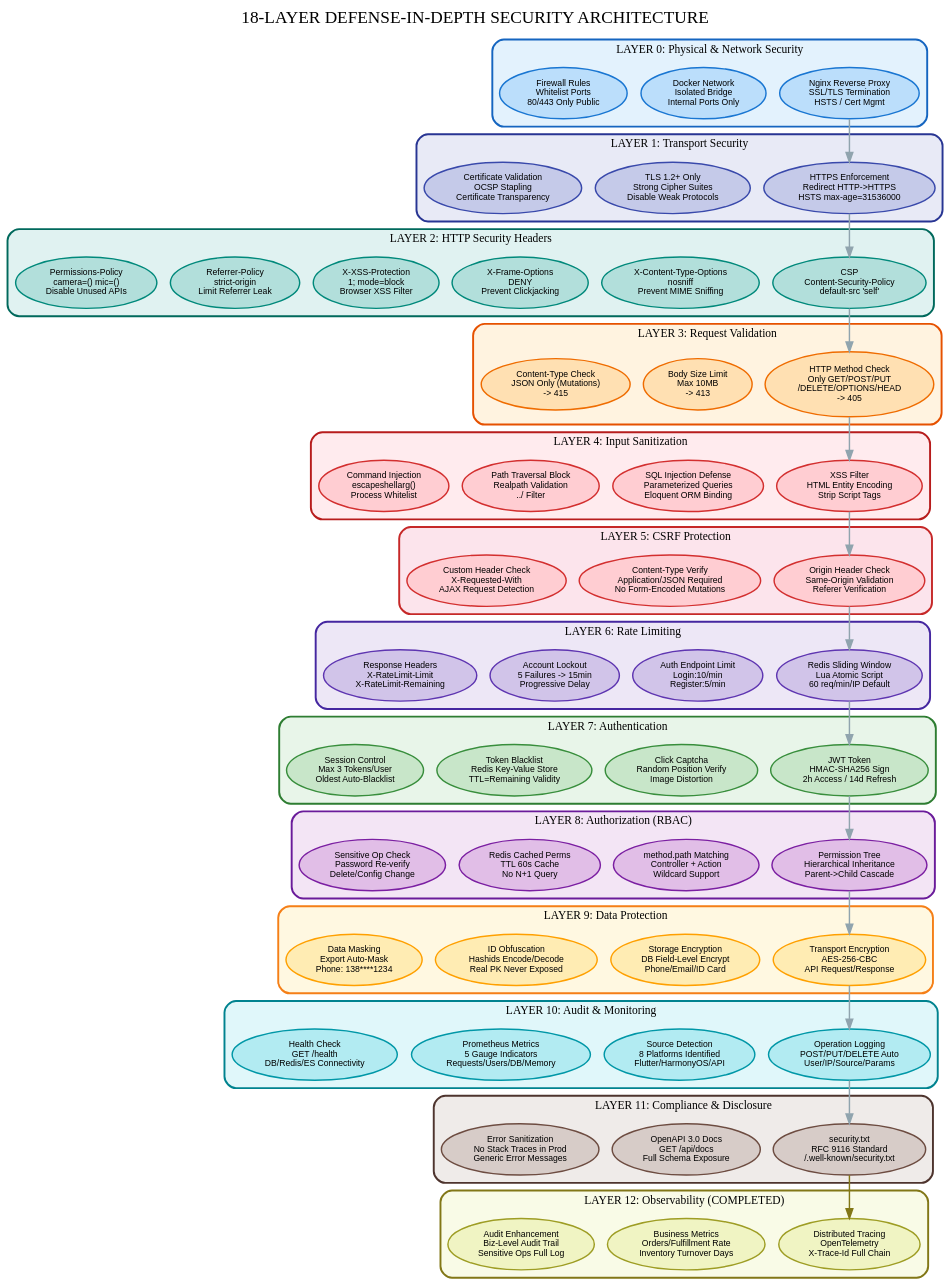
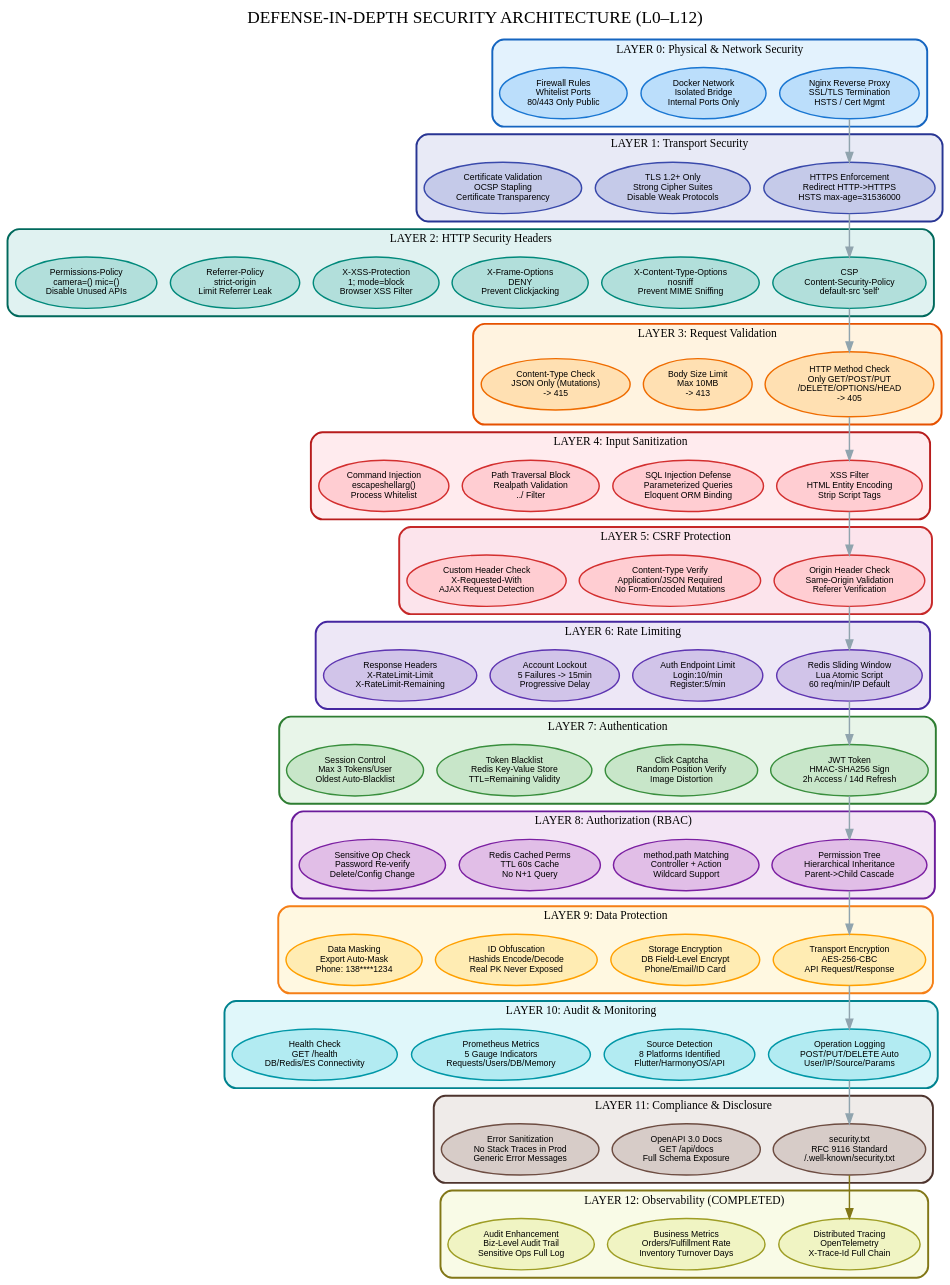
The diagram in docs/diagrams/security-architecture.dot (erikwang2013/erp-php), drawn with Graphviz before and after one commit. The commit also changed 325 other files, not shown here.

```diff
--- a/docs/diagrams/security-architecture.dot
+++ b/docs/diagrams/security-architecture.dot
@@ -1,170 +1,170 @@
 digraph SecurityArchitecture {
     rankdir=TB;
     fontname="Arial";
     fontsize=14;
     bgcolor="transparent";
     nodesep=0.2;
     ranksep=0.3;
     compound=true;
 
     node [fontname="Arial", fontsize=9, style="filled,rounded", penwidth=1.5];
 
-    label="18-LAYER DEFENSE-IN-DEPTH SECURITY ARCHITECTURE";
+    label="DEFENSE-IN-DEPTH SECURITY ARCHITECTURE (L0–L12)";
     fontsize=18;
     fontname="Arial Bold";
     labelloc="t";
 
     // Layer 0
     subgraph cluster_L0 {
         label="LAYER 0: Physical & Network Security";
         fontsize=12; fontname="Arial Bold";
         style="filled,rounded"; fillcolor="#e3f2fd"; color="#1565c0"; penwidth=2;
         L0a [label="Nginx Reverse Proxy\nSSL/TLS Termination\nHSTS / Cert Mgmt", fillcolor="#bbdefb", color="#1976d2"];
         L0b [label="Docker Network\nIsolated Bridge\nInternal Ports Only", fillcolor="#bbdefb", color="#1976d2"];
         L0c [label="Firewall Rules\nWhitelist Ports\n80/443 Only Public", fillcolor="#bbdefb", color="#1976d2"];
     }
 
     // Layer 1
     subgraph cluster_L1 {
         label="LAYER 1: Transport Security";
         fontsize=12; fontname="Arial Bold";
         style="filled,rounded"; fillcolor="#e8eaf6"; color="#283593"; penwidth=2;
         L1a [label="HTTPS Enforcement\nRedirect HTTP->HTTPS\nHSTS max-age=31536000", fillcolor="#c5cae9", color="#3949ab"];
         L1b [label="TLS 1.2+ Only\nStrong Cipher Suites\nDisable Weak Protocols", fillcolor="#c5cae9", color="#3949ab"];
         L1c [label="Certificate Validation\nOCSP Stapling\nCertificate Transparency", fillcolor="#c5cae9", color="#3949ab"];
     }
 
     // Layer 2
     subgraph cluster_L2 {
         label="LAYER 2: HTTP Security Headers";
         fontsize=12; fontname="Arial Bold";
         style="filled,rounded"; fillcolor="#e0f2f1"; color="#00695c"; penwidth=2;
         L2a [label="CSP\nContent-Security-Policy\ndefault-src 'self'", fillcolor="#b2dfdb", color="#00897b"];
         L2b [label="X-Content-Type-Options\nnosniff\nPrevent MIME Sniffing", fillcolor="#b2dfdb", color="#00897b"];
         L2c [label="X-Frame-Options\nDENY\nPrevent Clickjacking", fillcolor="#b2dfdb", color="#00897b"];
         L2d [label="X-XSS-Protection\n1; mode=block\nBrowser XSS Filter", fillcolor="#b2dfdb", color="#00897b"];
         L2e [label="Referrer-Policy\nstrict-origin\nLimit Referrer Leak", fillcolor="#b2dfdb", color="#00897b"];
         L2f [label="Permissions-Policy\ncamera=() mic=()\nDisable Unused APIs", fillcolor="#b2dfdb", color="#00897b"];
     }
 
     // Layer 3
     subgraph cluster_L3 {
         label="LAYER 3: Request Validation";
         fontsize=12; fontname="Arial Bold";
         style="filled,rounded"; fillcolor="#fff3e0"; color="#e65100"; penwidth=2;
         L3a [label="HTTP Method Check\nOnly GET/POST/PUT\n/DELETE/OPTIONS/HEAD\n-> 405", fillcolor="#ffe0b2", color="#ef6c00"];
         L3b [label="Body Size Limit\nMax 10MB\n-> 413", fillcolor="#ffe0b2", color="#ef6c00"];
         L3c [label="Content-Type Check\nJSON Only (Mutations)\n-> 415", fillcolor="#ffe0b2", color="#ef6c00"];
     }
 
     // Layer 4
     subgraph cluster_L4 {
         label="LAYER 4: Input Sanitization";
         fontsize=12; fontname="Arial Bold";
         style="filled,rounded"; fillcolor="#ffebee"; color="#b71c1c"; penwidth=2;
         L4a [label="XSS Filter\nHTML Entity Encoding\nStrip Script Tags", fillcolor="#ffcdd2", color="#d32f2f"];
         L4b [label="SQL Injection Defense\nParameterized Queries\nEloquent ORM Binding", fillcolor="#ffcdd2", color="#d32f2f"];
         L4c [label="Path Traversal Block\nRealpath Validation\n../ Filter", fillcolor="#ffcdd2", color="#d32f2f"];
         L4d [label="Command Injection\nescapeshellarg()\nProcess Whitelist", fillcolor="#ffcdd2", color="#d32f2f"];
     }
 
     // Layer 5
     subgraph cluster_L5 {
         label="LAYER 5: CSRF Protection";
         fontsize=12; fontname="Arial Bold";
         style="filled,rounded"; fillcolor="#fce4ec"; color="#c62828"; penwidth=2;
         L5a [label="Origin Header Check\nSame-Origin Validation\nReferer Verification", fillcolor="#ffcdd2", color="#d32f2f"];
         L5b [label="Content-Type Verify\nApplication/JSON Required\nNo Form-Encoded Mutations", fillcolor="#ffcdd2", color="#d32f2f"];
         L5c [label="Custom Header Check\nX-Requested-With\nAJAX Request Detection", fillcolor="#ffcdd2", color="#d32f2f"];
     }
 
     // Layer 6
     subgraph cluster_L6 {
         label="LAYER 6: Rate Limiting";
         fontsize=12; fontname="Arial Bold";
         style="filled,rounded"; fillcolor="#ede7f6"; color="#4527a0"; penwidth=2;
         L6a [label="Redis Sliding Window\nLua Atomic Script\n60 req/min/IP Default", fillcolor="#d1c4e9", color="#5e35b1"];
         L6b [label="Auth Endpoint Limit\nLogin:10/min\nRegister:5/min", fillcolor="#d1c4e9", color="#5e35b1"];
         L6c [label="Account Lockout\n5 Failures -> 15min\nProgressive Delay", fillcolor="#d1c4e9", color="#5e35b1"];
         L6d [label="Response Headers\nX-RateLimit-Limit\nX-RateLimit-Remaining", fillcolor="#d1c4e9", color="#5e35b1"];
     }
 
     // Layer 7
     subgraph cluster_L7 {
         label="LAYER 7: Authentication";
         fontsize=12; fontname="Arial Bold";
         style="filled,rounded"; fillcolor="#e8f5e9"; color="#2e7d32"; penwidth=2;
         L7a [label="JWT Token\nHMAC-SHA256 Sign\n2h Access / 14d Refresh", fillcolor="#c8e6c9", color="#388e3c"];
         L7b [label="Click Captcha\nRandom Position Verify\nImage Distortion", fillcolor="#c8e6c9", color="#388e3c"];
         L7c [label="Token Blacklist\nRedis Key-Value Store\nTTL=Remaining Validity", fillcolor="#c8e6c9", color="#388e3c"];
         L7d [label="Session Control\nMax 3 Tokens/User\nOldest Auto-Blacklist", fillcolor="#c8e6c9", color="#388e3c"];
     }
 
     // Layer 8
     subgraph cluster_L8 {
         label="LAYER 8: Authorization (RBAC)";
         fontsize=12; fontname="Arial Bold";
         style="filled,rounded"; fillcolor="#f3e5f5"; color="#6a1b9a"; penwidth=2;
         L8a [label="Permission Tree\nHierarchical Inheritance\nParent->Child Cascade", fillcolor="#e1bee7", color="#7b1fa2"];
         L8b [label="method.path Matching\nController + Action\nWildcard Support", fillcolor="#e1bee7", color="#7b1fa2"];
         L8c [label="Redis Cached Perms\nTTL 60s Cache\nNo N+1 Query", fillcolor="#e1bee7", color="#7b1fa2"];
         L8d [label="Sensitive Op Check\nPassword Re-verify\nDelete/Config Change", fillcolor="#e1bee7", color="#7b1fa2"];
     }
 
     // Layer 9
     subgraph cluster_L9 {
         label="LAYER 9: Data Protection";
         fontsize=12; fontname="Arial Bold";
         style="filled,rounded"; fillcolor="#fff8e1"; color="#f57f17"; penwidth=2;
         L9a [label="Transport Encryption\nAES-256-CBC\nAPI Request/Response", fillcolor="#ffecb3", color="#ffa000"];
         L9b [label="Storage Encryption\nDB Field-Level Encrypt\nPhone/Email/ID Card", fillcolor="#ffecb3", color="#ffa000"];
         L9c [label="ID Obfuscation\nHashids Encode/Decode\nReal PK Never Exposed", fillcolor="#ffecb3", color="#ffa000"];
         L9d [label="Data Masking\nExport Auto-Mask\nPhone: 138****1234", fillcolor="#ffecb3", color="#ffa000"];
     }
 
     // Layer 10
     subgraph cluster_L10 {
         label="LAYER 10: Audit & Monitoring";
         fontsize=12; fontname="Arial Bold";
         style="filled,rounded"; fillcolor="#e0f7fa"; color="#00838f"; penwidth=2;
         L10a [label="Operation Logging\nPOST/PUT/DELETE Auto\nUser/IP/Source/Params", fillcolor="#b2ebf2", color="#0097a7"];
         L10b [label="Source Detection\n8 Platforms Identified\nFlutter/HarmonyOS/API", fillcolor="#b2ebf2", color="#0097a7"];
         L10c [label="Prometheus Metrics\n5 Gauge Indicators\nRequests/Users/DB/Memory", fillcolor="#b2ebf2", color="#0097a7"];
         L10d [label="Health Check\nGET /health\nDB/Redis/ES Connectivity", fillcolor="#b2ebf2", color="#0097a7"];
     }
 
     // Layer 11
     subgraph cluster_L11 {
         label="LAYER 11: Compliance & Disclosure";
         fontsize=12; fontname="Arial Bold";
         style="filled,rounded"; fillcolor="#efebe9"; color="#4e342e"; penwidth=2;
         L11a [label="security.txt\nRFC 9116 Standard\n/.well-known/security.txt", fillcolor="#d7ccc8", color="#6d4c41"];
         L11b [label="OpenAPI 3.0 Docs\nGET /api/docs\nFull Schema Exposure", fillcolor="#d7ccc8", color="#6d4c41"];
         L11c [label="Error Sanitization\nNo Stack Traces in Prod\nGeneric Error Messages", fillcolor="#d7ccc8", color="#6d4c41"];
     }
 
     // Chain edges
     L0a -> L1a [color="#90a4ae", penwidth=1.5];
     L1a -> L2a [color="#90a4ae", penwidth=1.5];
     L2a -> L3a [color="#90a4ae", penwidth=1.5];
     L3a -> L4a [color="#90a4ae", penwidth=1.5];
     L4a -> L5a [color="#90a4ae", penwidth=1.5];
     L5a -> L6a [color="#90a4ae", penwidth=1.5];
     L6a -> L7a [color="#90a4ae", penwidth=1.5];
     L7a -> L8a [color="#90a4ae", penwidth=1.5];
     L8a -> L9a [color="#90a4ae", penwidth=1.5];
     L9a -> L10a [color="#90a4ae", penwidth=1.5];
     L10a -> L11a [color="#90a4ae", penwidth=1.5];
 
     // Layer 12
     subgraph cluster_L12 {
         label="LAYER 12: Observability (COMPLETED)";
         fontsize=12; fontname="Arial Bold";
         style="filled,rounded"; fillcolor="#f9fbe7"; color="#827717"; penwidth=2;
         L12a [label="Distributed Tracing\nOpenTelemetry\nX-Trace-Id Full Chain", fillcolor="#f0f4c3", color="#9e9d24"];
         L12b [label="Business Metrics\nOrders/Fulfillment Rate\nInventory Turnover Days", fillcolor="#f0f4c3", color="#9e9d24"];
         L12c [label="Audit Enhancement\nBiz-Level Audit Trail\nSensitive Ops Full Log", fillcolor="#f0f4c3", color="#9e9d24"];
     }
 
     L11a -> L12a [color="#827717", penwidth=1.5];
 }
```
